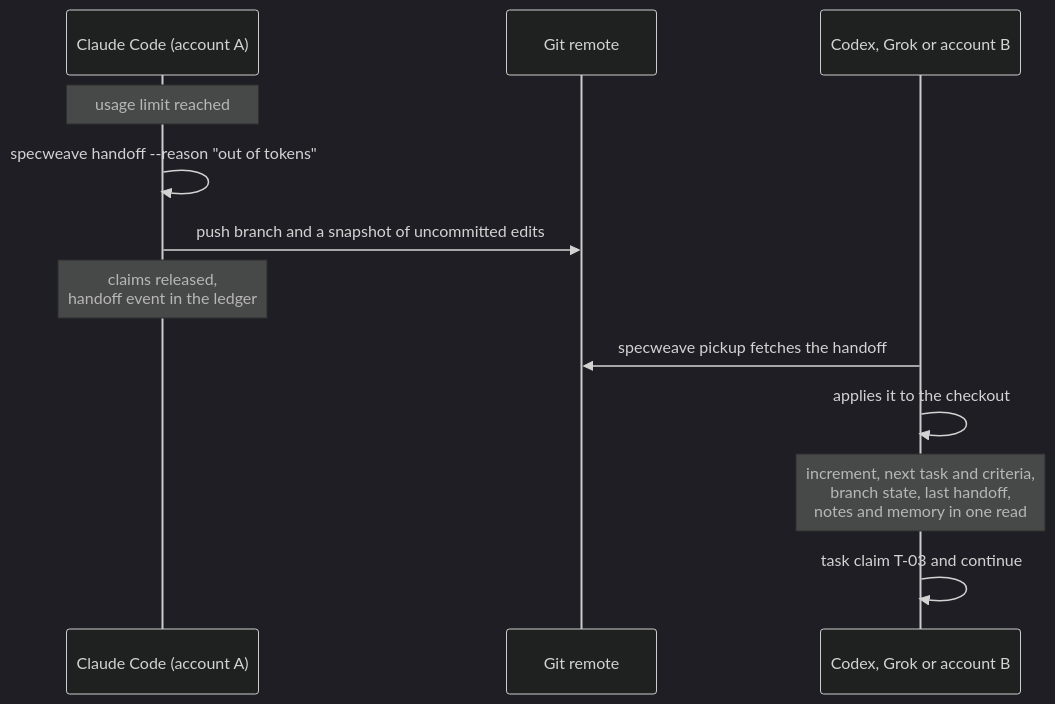
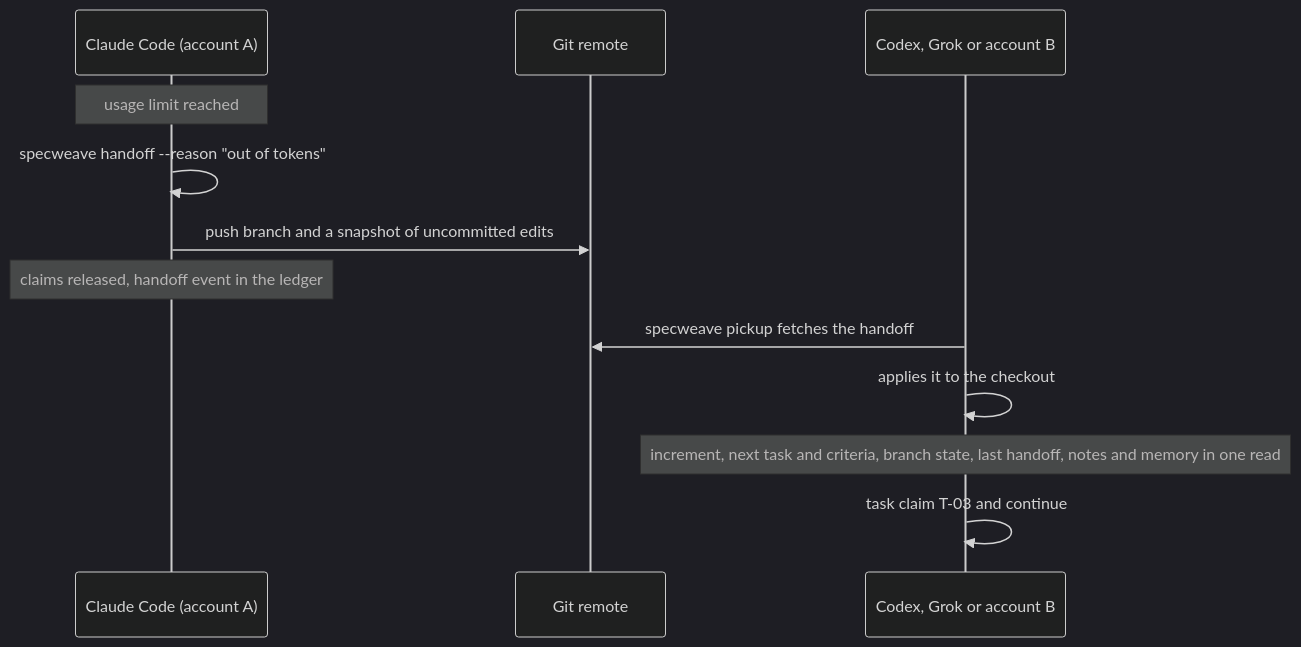
One commit to anton-abyzov/specweave changed the third of 4 diagrams in docs-site/docs/overview/how-it-works.md. Above: the diagram before and after it, drawn with Mermaid (dark theme). The commit also changed other lines of this file and 105 other files, not shown here.

Commit message:
Reorganize site content, add scroll sequences and tutorial guides

````diff
--- a/docs-site/docs/overview/how-it-works.md
+++ b/docs-site/docs/overview/how-it-works.md
@@ -110,14 +110,14 @@
 ```mermaid
 sequenceDiagram
   participant T1 as Claude Code (account A)
   participant R as Git remote
   participant T2 as Codex, Grok or account B
   Note over T1: usage limit reached
   T1->>T1: specweave handoff --reason "out of tokens"
   T1->>R: push branch and a snapshot of uncommitted edits
-  Note over T1: claims released,<br/>handoff event in the ledger
+  Note over T1: claims released, handoff event in the ledger
   T2->>R: specweave pickup fetches the handoff
   T2->>T2: applies it to the checkout
-  Note over T2: increment, next task and criteria,<br/>branch state, last handoff,<br/>notes and memory in one read
+  Note over T2: increment, next task and criteria, branch state, last handoff, notes and memory in one read
   T2->>T2: task claim T-03 and continue
 ```
````
